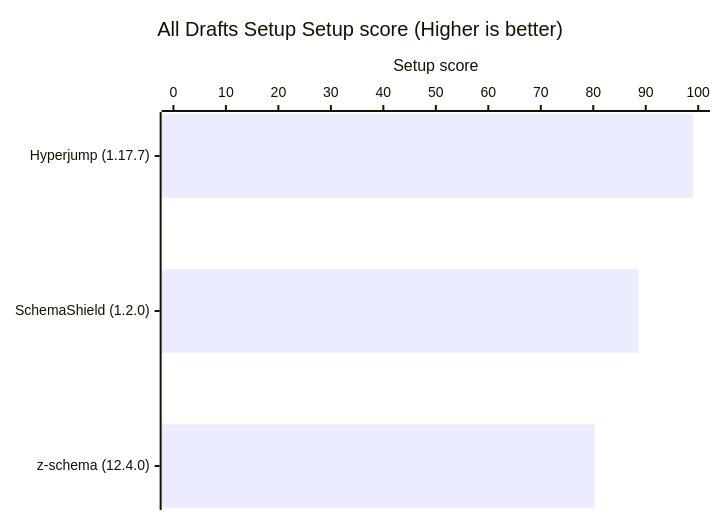
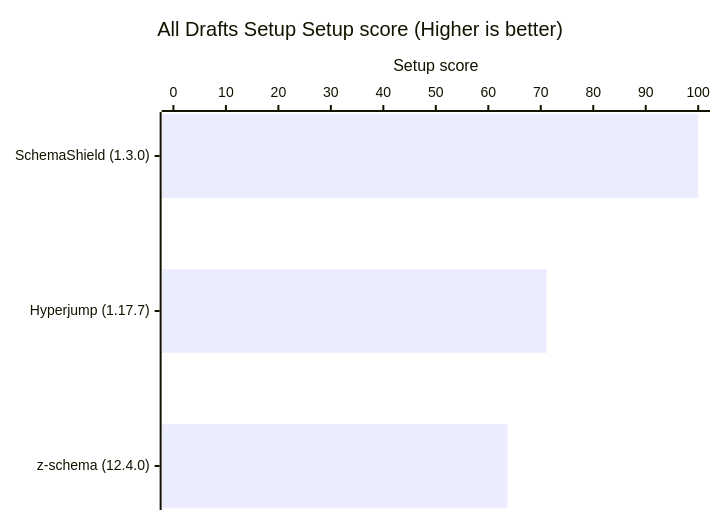
One commit to Masquerade-Circus/json-schema-validator-bench changed the fifth of 8 diagrams in README.md. Above: the diagram before and after it, drawn with Mermaid. The commit also changed other lines of this file and 238 other files, not shown here.

````diff
--- a/README.md
+++ b/README.md
@@ -204,7 +204,7 @@
 ```mermaid
 xychart horizontal
     title "All Drafts Setup Setup score (Higher is better)"
-    x-axis ["Hyperjump (1.17.7)", "SchemaShield (1.2.0)", "z-schema (12.4.0)"]
+    x-axis ["SchemaShield (1.3.0)", "Hyperjump (1.17.7)", "z-schema (12.4.0)"]
     y-axis "Setup score" 0 --> 100
-    bar [99.008, 88.663, 80.265]
+    bar [100, 71.11, 63.643]
 ```
````
